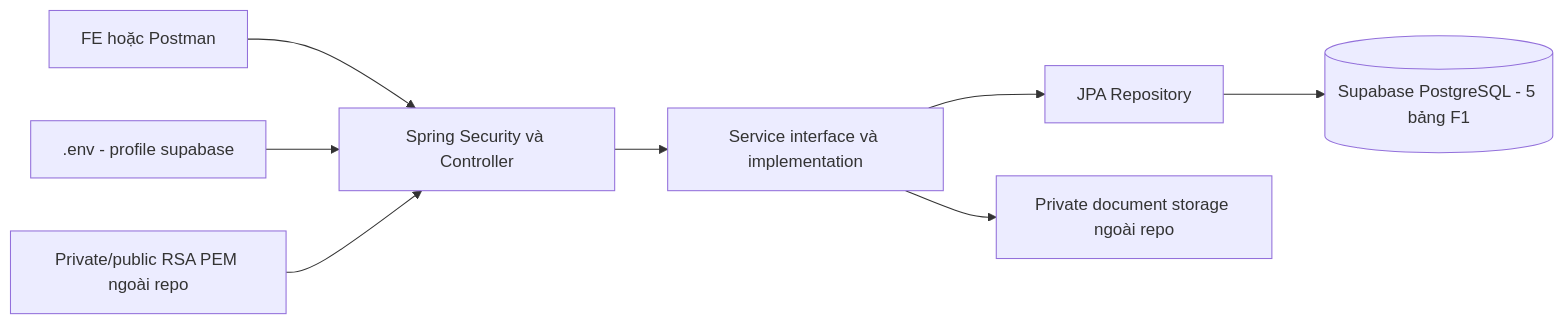
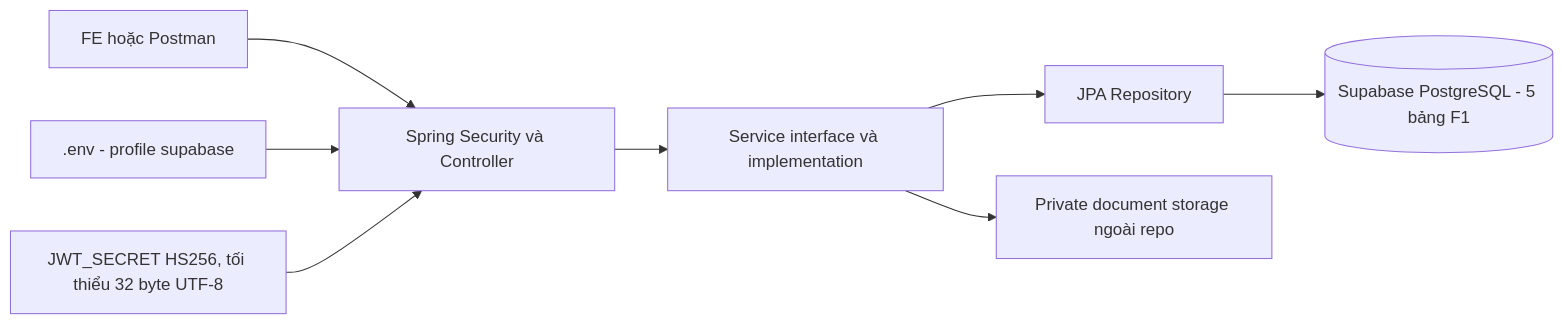
Before and after one commit to Tinh-Minh/SBA301: the first of 12 diagrams in docs/21_FUNCTION_1_FLOWS.md, drawn with Mermaid. The commit also changed other lines of this file and 7 other files, not shown here.

````diff
--- a/docs/21_FUNCTION_1_FLOWS.md
+++ b/docs/21_FUNCTION_1_FLOWS.md
@@ -7,10 +7,10 @@
 ```mermaid
 flowchart LR
   Client[FE hoặc Postman] --> Web[Spring Security và Controller]
   Web --> Service[Service interface và implementation]
   Service --> Repo[JPA Repository]
   Repo --> DB[(Supabase PostgreSQL - 5 bảng F1)]
   Service --> Files[Private document storage ngoài repo]
   Env[.env - profile supabase] --> Web
-  Keys[Private/public RSA PEM ngoài repo] --> Web
+  Secret[JWT_SECRET HS256, tối thiểu 32 byte UTF-8] --> Web
 ```
````
